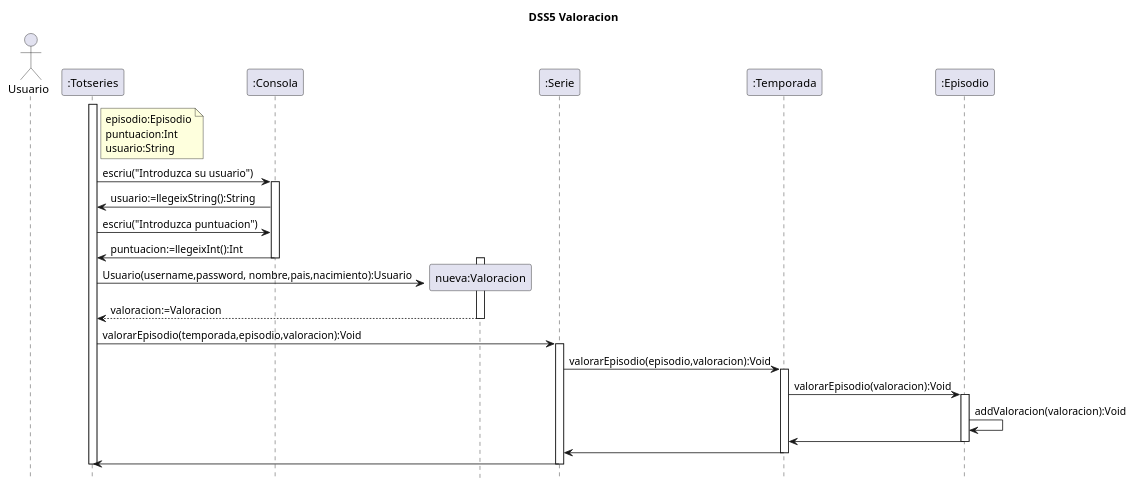
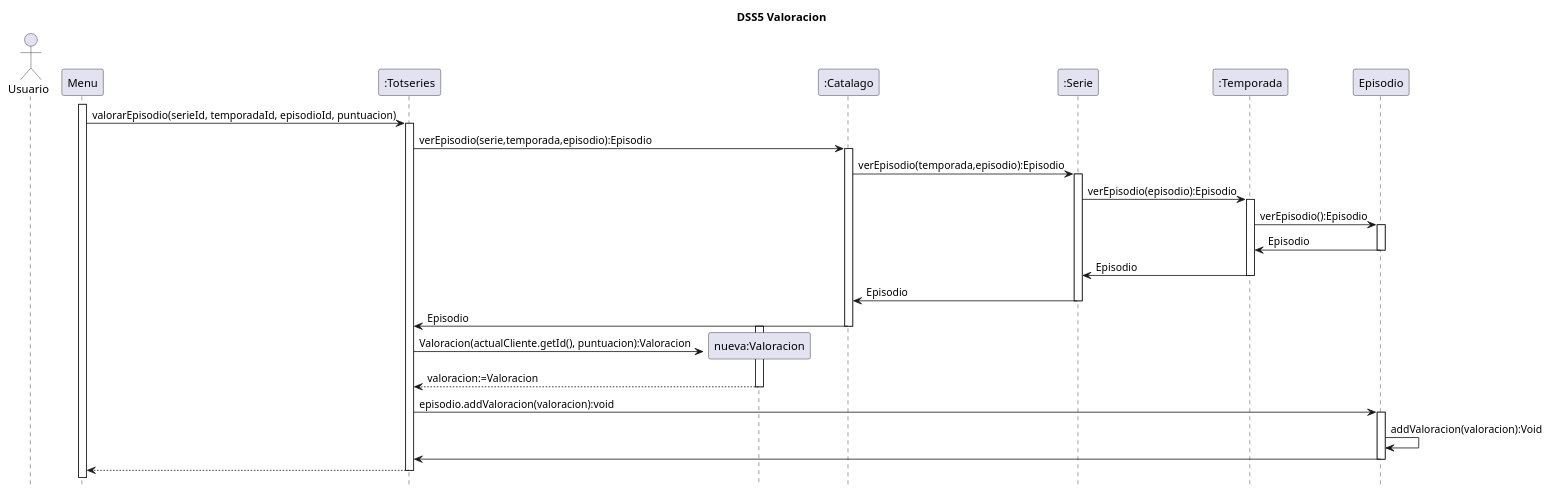
The diagram in src/totseries/Uml/Secuencia/DS5 Valoracion.puml (MrViciao/TotSeries), drawn with PlantUML before and after one commit. The commit also changed other lines of this file, not shown here.

Commit message:
Update DS5 Valoracion.puml

```diff
--- a/src/totseries/Uml/Secuencia/DS5 Valoracion.puml
+++ b/src/totseries/Uml/Secuencia/DS5 Valoracion.puml
@@ -1,47 +1,46 @@
 @startuml
 title	DSS5 Valoracion	
 hide	footbox
 
 actor	Usuario	as	user
-participant ":Totseries" as Totseries
-participant ":Consola" as consola
+participant "Menu" as menu
+participant ":Totseries" as TotSeries
 participant "nueva:Valoracion" as valoracion
-participant ":Serie" as serie
-participant ":Temporada" as temporada
-participant ":Episodio" as episodio
-activate Totseries
-note right Totseries
-    episodio:Episodio
-    puntuacion:Int
-    usuario:String
-end note
-
-Totseries -> consola :escriu("Introduzca su usuario")
-activate consola
-consola -> Totseries :usuario:=llegeixString():String
-Totseries -> consola :escriu("Introduzca puntuacion")
-consola -> Totseries :puntuacion:=llegeixInt():Int
-deactivate consola
+participant ":Catalago" as Catalogo
+participant ":Serie" as Serie
+participant ":Temporada" as Temporada
+participant "Episodio" as Episodio
+activate menu
+    menu -> TotSeries :valorarEpisodio(serieId, temporadaId, episodioId, puntuacion)
+activate TotSeries
+  TotSeries -> Catalogo:verEpisodio(serie,temporada,episodio):Episodio
+    activate Catalogo
+    Catalogo -> Serie:verEpisodio(temporada,episodio):Episodio
+    activate Serie
+    Serie -> Temporada:verEpisodio(episodio):Episodio
+    activate Temporada
+    Temporada->Episodio:verEpisodio():Episodio
+    activate Episodio
+    Episodio->Temporada:Episodio
+    deactivate Episodio
+    Temporada->Serie:Episodio
+    deactivate Temporada
+    Serie -> Catalogo:Episodio
+    deactivate Serie
+    Catalogo -> TotSeries:Episodio
+    deactivate Catalogo
 
 
 create valoracion
 activate valoracion
-Totseries -> valoracion:Usuario(username,password, nombre,pais,nacimiento):Usuario
-valoracion --> Totseries: valoracion:=Valoracion
+TotSeries -> valoracion:Valoracion(actualCliente.getId(), puntuacion):Valoracion
+valoracion --> TotSeries: valoracion:=Valoracion
 deactivate valoracion
-
-Totseries -> serie :valorarEpisodio(temporada,episodio,valoracion):Void
-activate serie
-serie -> temporada:valorarEpisodio(episodio,valoracion):Void
-activate temporada
-temporada -> episodio:valorarEpisodio(valoracion):Void
-activate episodio
-episodio -> episodio:addValoracion(valoracion):Void
-episodio -> temporada
-deactivate episodio
-temporada -> serie
-deactivate temporada
-serie -> Totseries
-deactivate serie
-deactivate Totseries
+TotSeries -> Episodio: episodio.addValoracion(valoracion):void
+activate Episodio
+Episodio -> Episodio:addValoracion(valoracion):Void
+Episodio->TotSeries
+deactivate Episodio
+TotSeries --> menu
+deactivate TotSeries
 @enduml
```
